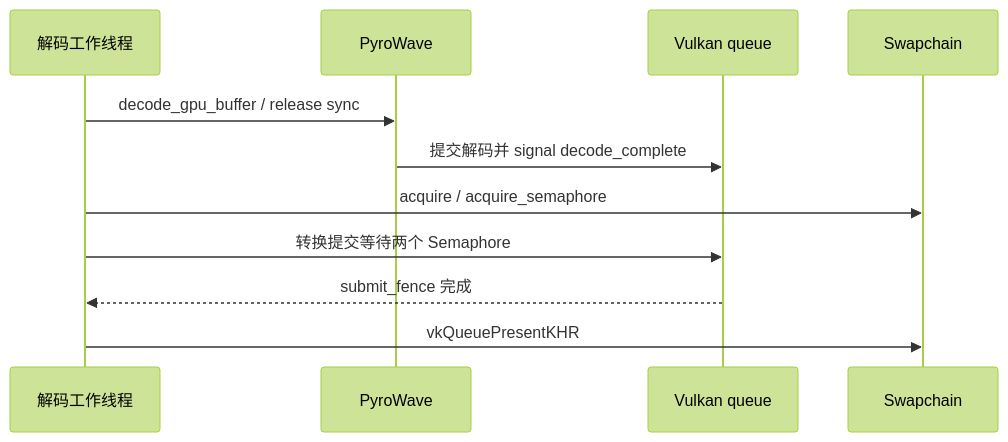
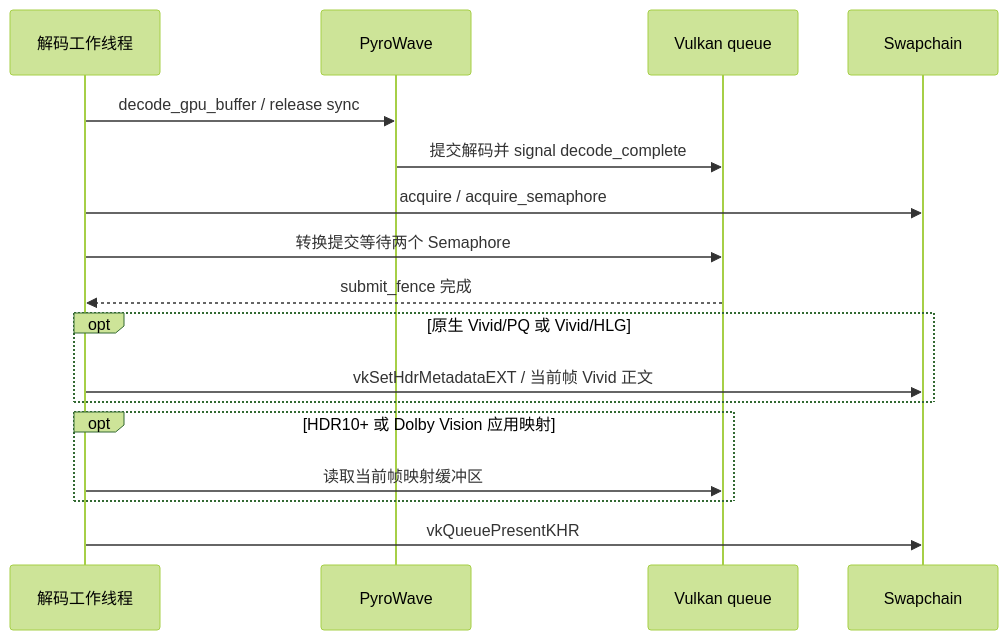
One commit to qiin2333/moonlight-vplus changed the diagram in docs/pyrowave-vulkan-synchronization-design.md. Above: the diagram before and after it, drawn with Mermaid (forest theme). The commit also changed other lines of this file and 33 other files, not shown here.

```diff
--- a/docs/pyrowave-vulkan-synchronization-design.md
+++ b/docs/pyrowave-vulkan-synchronization-design.md
@@ -11,13 +11,19 @@
 ~~~mermaid
 sequenceDiagram
     participant W as 解码工作线程
     participant P as PyroWave
     participant Q as Vulkan queue
     participant S as Swapchain
     W->>P: decode_gpu_buffer / release sync
     P->>Q: 提交解码并 signal decode_complete
     W->>S: acquire / acquire_semaphore
     W->>Q: 转换提交等待两个 Semaphore
     Q-->>W: submit_fence 完成
+    opt 原生 Vivid/PQ 或 Vivid/HLG
+        W->>S: vkSetHdrMetadataEXT / 当前帧 Vivid 正文
+    end
+    opt HDR10+ 或 Dolby Vision 应用映射
+        W->>Q: 读取当前帧映射缓冲区
+    end
     W->>S: vkQueuePresentKHR
 ~~~
```
